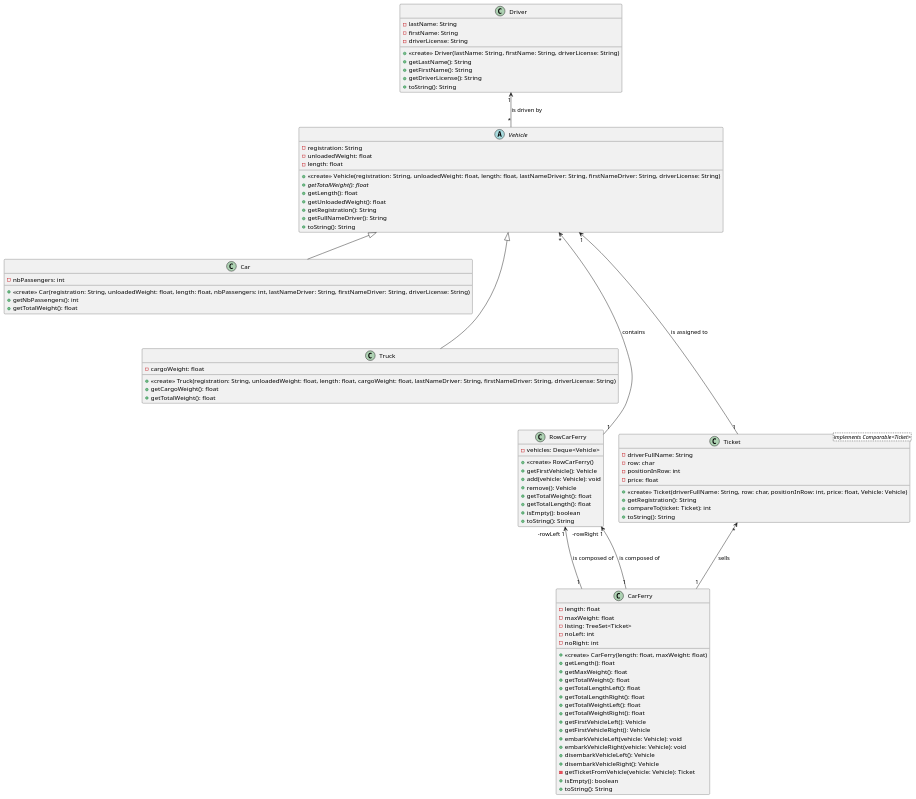
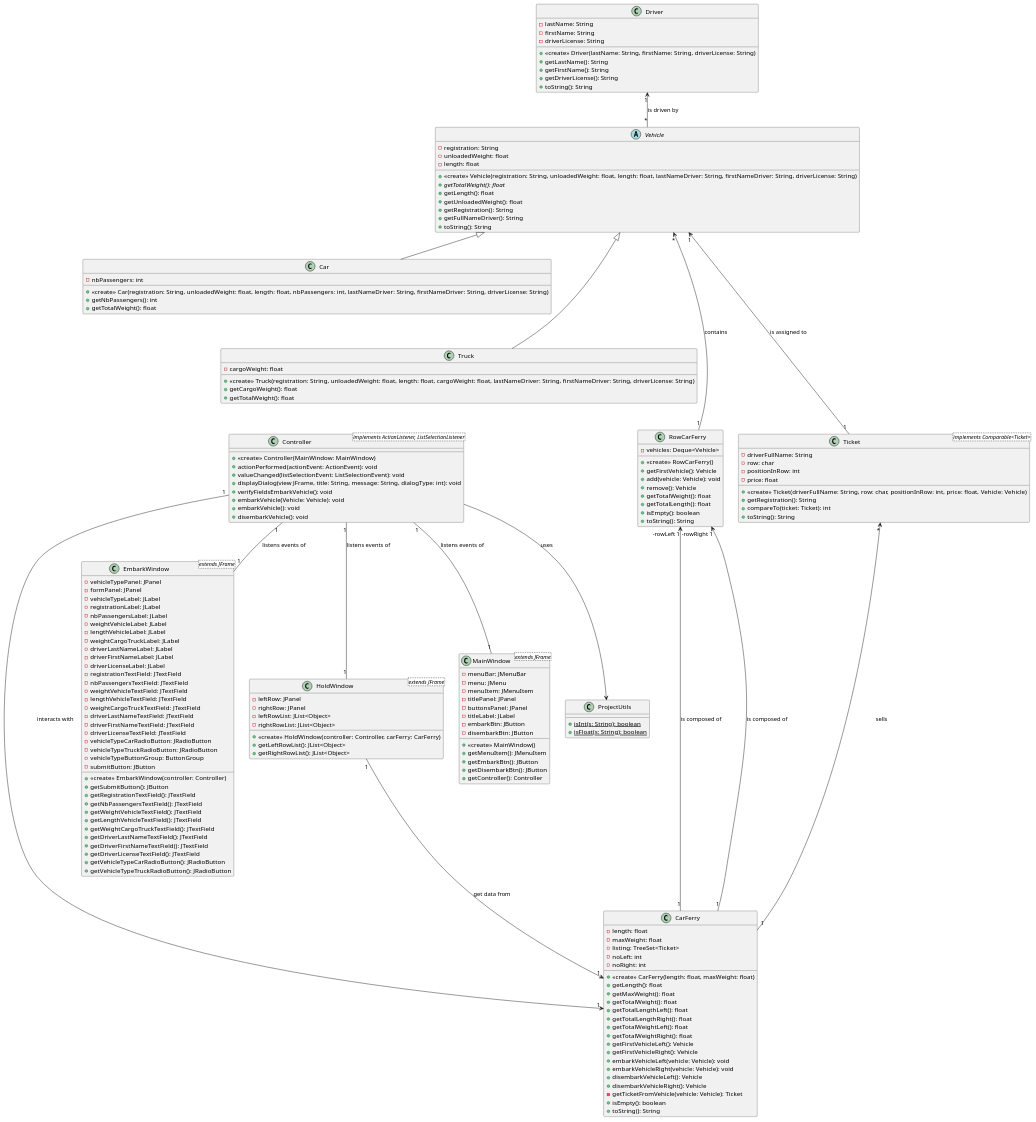
One commit to Logan-Developer/collegeY2_OOP_CarFerry_Project changed the diagram in ClassDiagram.puml. Above: the diagram before and after it, drawn with PlantUML. The commit also changed 13 other files, not shown here.

```diff
--- a/ClassDiagram.puml
+++ b/ClassDiagram.puml
@@ -1,105 +1,195 @@
 @startuml
 !theme _none_
 
 class Driver {
     - lastName: String
     - firstName: String
     - driverLicense: String
 
     + <<create>> Driver(lastName: String, firstName: String, driverLicense: String)
     + getLastName(): String
     + getFirstName(): String
     + getDriverLicense(): String
     + toString(): String
 }
 
 abstract Vehicle {
     - registration: String
     - unloadedWeight: float
     - length: float
 
     + <<create>> Vehicle(registration: String, unloadedWeight: float, length: float, lastNameDriver: String, firstNameDriver: String, driverLicense: String)
     + {abstract} getTotalWeight(): float
     + getLength(): float
     + getUnloadedWeight(): float
     + getRegistration(): String
     + getFullNameDriver(): String
     + toString(): String
 }
 
 class Car {
     - nbPassengers: int
 
     + <<create>> Car(registration: String, unloadedWeight: float, length: float, nbPassengers: int, lastNameDriver: String, firstNameDriver: String, driverLicense: String)
     + getNbPassengers(): int
     + getTotalWeight(): float
 }
 
 class Truck {
     - cargoWeight: float
 
     + <<create>> Truck(registration: String, unloadedWeight: float, length: float, cargoWeight: float, lastNameDriver: String, firstNameDriver: String, driverLicense: String)
     + getCargoWeight(): float
     + getTotalWeight(): float
 }
 
 class CarFerry {
     - length: float
     - maxWeight: float
     - listing: TreeSet<Ticket>
     - noLeft: int
     - noRight: int
 
     + <<create>> CarFerry(length: float, maxWeight: float)
     + getLength(): float
     + getMaxWeight(): float
     + getTotalWeight(): float
     + getTotalLengthLeft(): float
     + getTotalLengthRight(): float
     + getTotalWeightLeft(): float
     + getTotalWeightRight(): float
     + getFirstVehicleLeft(): Vehicle
     + getFirstVehicleRight(): Vehicle
     + embarkVehicleLeft(vehicle: Vehicle): void
     + embarkVehicleRight(vehicle: Vehicle): void
     + disembarkVehicleLeft(): Vehicle
     + disembarkVehicleRight(): Vehicle
     - getTicketFromVehicle(vehicle: Vehicle): Ticket
     + isEmpty(): boolean
     + toString(): String
 }
 
 class RowCarFerry {
     - vehicles: Deque<Vehicle>
 
     + <<create>> RowCarFerry()
     + getFirstVehicle(): Vehicle
     + add(vehicle: Vehicle): void
     + remove(): Vehicle
     + getTotalWeight(): float
     + getTotalLength(): float
     + isEmpty(): boolean
     + toString(): String
 }
 
 class Ticket <implements Comparable<Ticket>> {
     - driverFullName: String
     - row: char
     - positionInRow: int
     - price: float
 
     + <<create>> Ticket(driverFullName: String, row: char, positionInRow: int, price: float, Vehicle: Vehicle)
     + getRegistration(): String
     + compareTo(ticket: Ticket): int
     + toString(): String
 }
 
+class Controller <implements ActionListener, ListSelectionListener> {
+    + <<create>> Controller(MainWindow: MainWindow)
+    + actionPerformed(actionEvent: ActionEvent): void
+    + valueChanged(listSelectionEvent: ListSelectionEvent): void
+    + displayDialog(view JFrame, title: String, message: String, dialogType: int): void
+    + verifyFieldsEmbarkVehicle(): void
+    + embarkVehicle(Vehicle: Vehicle): void
+    + embarkVehicle(): void
+    + disembarkVehicle(): void
+}
+
+class EmbarkWindow <extends JFrame> {
+    - vehicleTypePanel: JPanel
+    - formPanel: JPanel
+    - vehicleTypeLabel: JLabel
+    - registrationLabel: JLabel
+    - nbPassengersLabel: JLabel
+    - weightVehicleLabel: JLabel
+    - lengthVehicleLabel: JLabel
+    - weightCargoTruckLabel: JLabel
+    - driverLastNameLabel: JLabel
+    - driverFirstNameLabel: JLabel
+    - driverLicenseLabel: JLabel
+    - registrationTextField: JTextField
+    - nbPassengersTextField: JTextField
+    - weightVehicleTextField: JTextField
+    - lengthVehicleTextField: JTextField
+    - weightCargoTruckTextField: JTextField
+    - driverLastNameTextField: JTextField
+    - driverFirstNameTextField: JTextField
+    - driverLicenseTextField: JTextField
+    - vehicleTypeCarRadioButton: JRadioButton
+    - vehicleTypeTruckRadioButton: JRadioButton
+    - vehicleTypeButtonGroup: ButtonGroup
+    - submitButton: JButton
+
+    + <<create>> EmbarkWindow(controller: Controller)
+    + getSubmitButton(): JButton
+    + getRegistrationTextField(): JTextField
+    + getNbPassengersTextField(): JTextField
+    + getWeightVehicleTextField(): JTextField
+    + getLengthVehicleTextField(): JTextField
+    + getWeightCargoTruckTextField(): JTextField
+    + getDriverLastNameTextField(): JTextField
+    + getDriverFirstNameTextField(): JTextField
+    + getDriverLicenseTextField(): JTextField
+    + getVehicleTypeCarRadioButton(): JRadioButton
+    + getVehicleTypeTruckRadioButton(): JRadioButton
+}
+
+class HoldWindow <extends JFrame> {
+    - leftRow: JPanel
+    - rightRow: JPanel
+    - leftRowList: JList<Object>
+    - rightRowList: JList<Object>
+
+    + <<create>> HoldWindow(controller: Controller, carFerry: CarFerry)
+    + getLeftRowList(): JList<Object>
+    + getRightRowList(): JList<Object>
+}
+
+class MainWindow <extends JFrame> {
+    - menuBar: JMenuBar
+    - menu: JMenu
+    - menuItem: JMenuItem
+    - titlePanel: JPanel
+    - buttonsPanel: JPanel
+    - titleLabel: JLabel
+    - embarkBtn: JButton
+    - disembarkBtn: JButton
+
+    + <<create>> MainWindow()
+    + getMenuItem(): JMenuItem
+    + getEmbarkBtn(): JButton
+    + getDisembarkBtn(): JButton
+    + getController(): Controller
+}
+
+class ProjectUtils {
+    + {static} isInt(s: String): boolean
+    + {static} isFloat(s: String): boolean
+}
+
 Driver "1" <-- "*" Vehicle: is driven by
 Vehicle <|-- Car
 Vehicle <|--- Truck
 Vehicle "1" <---- "1" Ticket: is assigned to
 Vehicle"*" <---- "1" RowCarFerry: contains
 RowCarFerry "-rowLeft 1" <--- "1" CarFerry: is composed of
 RowCarFerry "-rowRight 1" <--- "1" CarFerry: is composed of
 Ticket "*" <--- "1" CarFerry: sells
+
+Controller "1" -> "1" CarFerry: interacts with
+Controller "1" -- "1" EmbarkWindow: listens events of
+Controller "1" -- "1" HoldWindow: listens events of
+HoldWindow "1" --> "1" CarFerry: get data from
+Controller "1" -- "1" MainWindow: listens events of
+Controller --> ProjectUtils: uses
 @enduml
```
